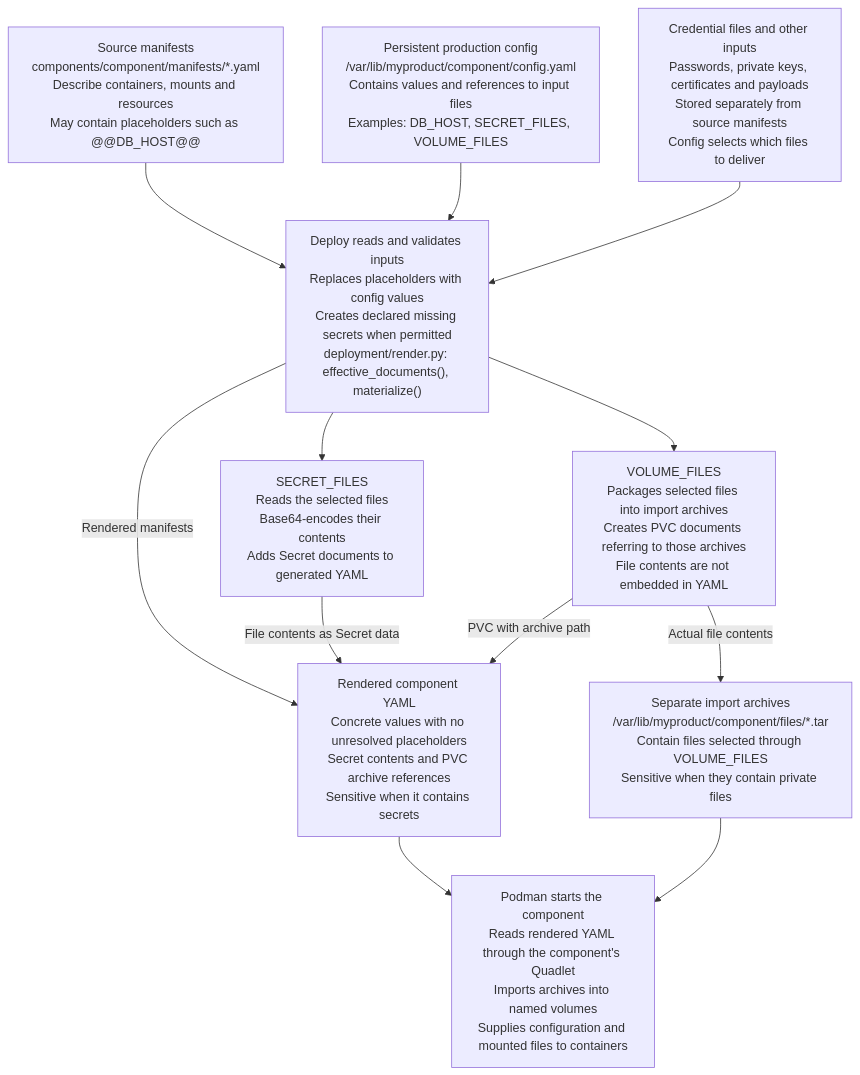
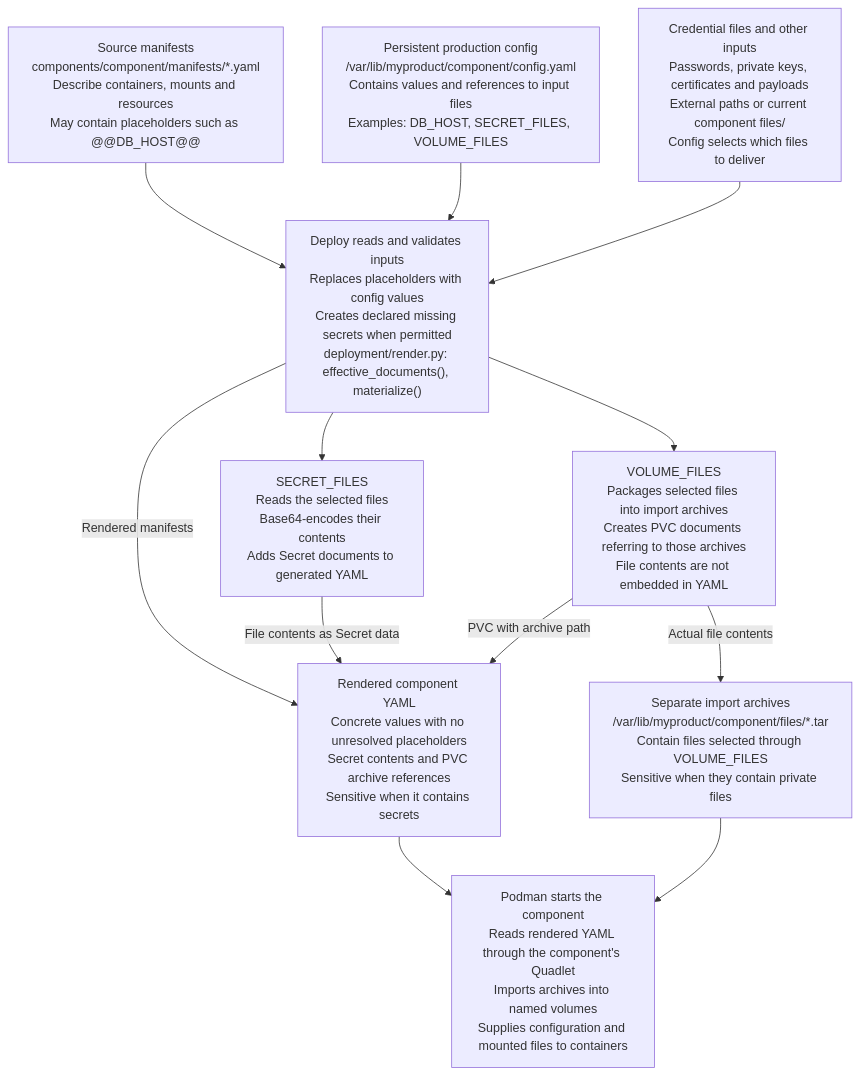
One commit to gunstein/podman_offline changed the first of 3 diagrams in README.md. Above: the diagram before and after it, drawn with Mermaid. The commit also changed other lines of this file and 34 other files, not shown here.

````diff
--- a/README.md
+++ b/README.md
@@ -550,59 +628,59 @@
 ```mermaid
 flowchart TD
     MANIFEST["`Source manifests
     components/component/manifests/*.yaml
     Describe containers, mounts and resources
     May contain placeholders such as @@DB_HOST@@`"]
 
     CONFIG["`Persistent production config
     /var/lib/myproduct/component/config.yaml
     Contains values and references to input files
     Examples: DB_HOST, SECRET_FILES, VOLUME_FILES`"]
 
     FILES["`Credential files and other inputs
     Passwords, private keys, certificates and payloads
-    Stored separately from source manifests
+    External paths or current component files/
     Config selects which files to deliver`"]
 
     RENDER["`Deploy reads and validates inputs
     Replaces placeholders with config values
     Creates declared missing secrets when permitted
     deployment/render.py: effective_documents(), materialize()`"]
 
     SECRET["`SECRET_FILES
     Reads the selected files
     Base64-encodes their contents
     Adds Secret documents to generated YAML`"]
 
     VOLUME["`VOLUME_FILES
     Packages selected files into import archives
     Creates PVC documents referring to those archives
     File contents are not embedded in YAML`"]
 
     YAML["`Rendered component YAML
     Concrete values with no unresolved placeholders
     Secret contents and PVC archive references
     Sensitive when it contains secrets`"]
 
     ARCHIVE["`Separate import archives
     /var/lib/myproduct/component/files/*.tar
     Contain files selected through VOLUME_FILES
     Sensitive when they contain private files`"]
 
     PODMAN["`Podman starts the component
     Reads rendered YAML through the component's Quadlet
     Imports archives into named volumes
     Supplies configuration and mounted files to containers`"]
 
     MANIFEST --> RENDER
     CONFIG --> RENDER
     FILES --> RENDER
     RENDER -->|Rendered manifests| YAML
     RENDER --> SECRET
     SECRET -->|File contents as Secret data| YAML
     RENDER --> VOLUME
     VOLUME -->|PVC with archive path| YAML
     VOLUME -->|Actual file contents| ARCHIVE
     YAML --> PODMAN
     ARCHIVE --> PODMAN
 ```
````
